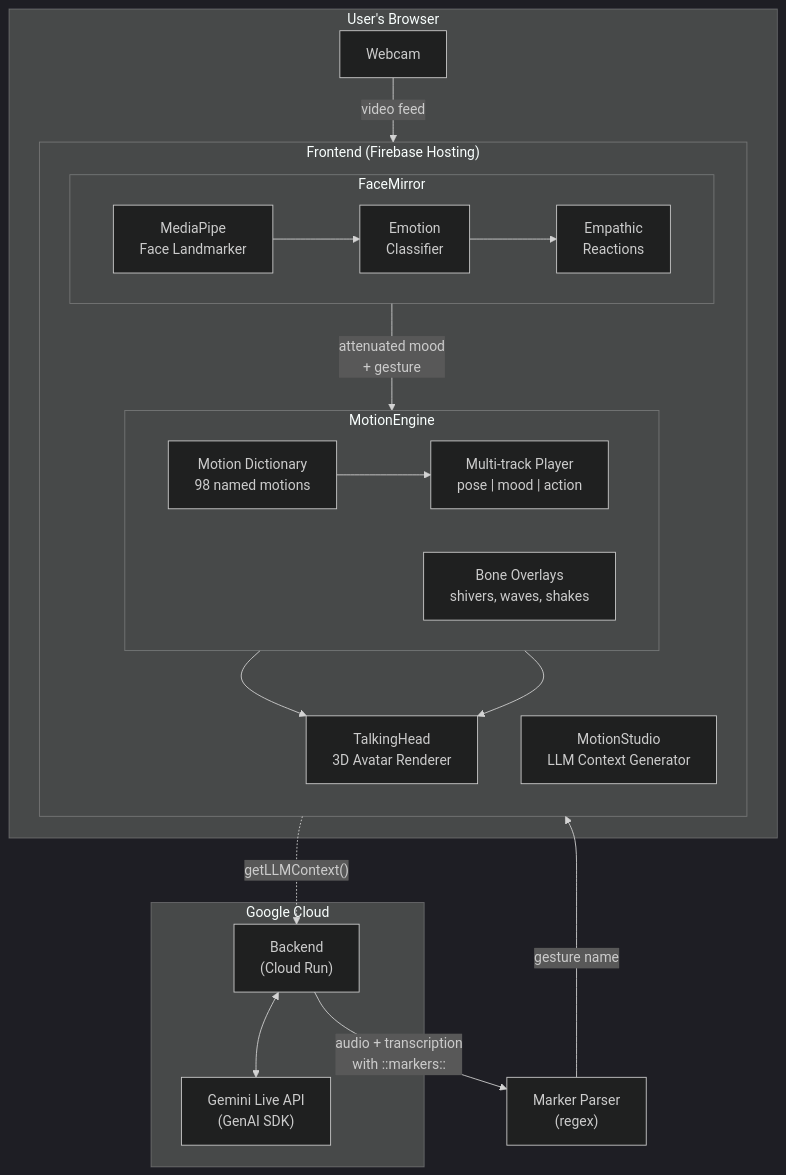
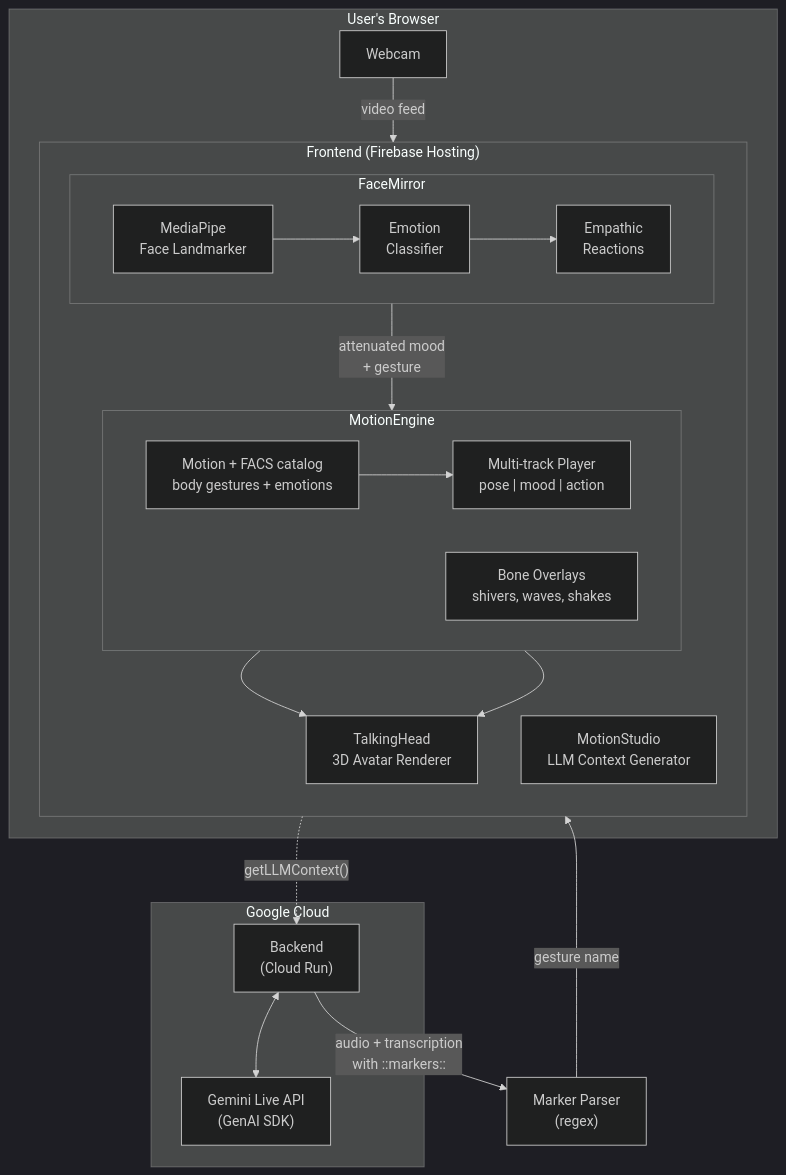
Before and after one commit to lhupyn/motion-engine: the diagram in README.md, drawn with Mermaid (dark theme). The commit also changed other lines of this file and 2 other files, not shown here.

First line of the commit message:
feat(facs): soften smile family, au_map audit (AD34, AU17); docs refresh

````diff
--- a/README.md
+++ b/README.md
@@ -55,45 +67,45 @@
 ```mermaid
 graph TB
     subgraph Cloud["Google Cloud"]
         BE["Backend<br/>(Cloud Run)"]
         GEMINI["Gemini Live API<br/>(GenAI SDK)"]
         BE <--> GEMINI
     end
 
     subgraph Browser["User's Browser"]
         subgraph Frontend["Frontend (Firebase Hosting)"]
             direction TB
             TH["TalkingHead<br/>3D Avatar Renderer"]
 
             subgraph ME["MotionEngine"]
                 direction LR
                 TRACKS["Multi-track Player<br/>pose | mood | action"]
-                MOTIONS["Motion Dictionary<br/>98 named motions"]
+                MOTIONS["Motion + FACS catalog<br/>body gestures + emotions"]
                 OVERLAYS["Bone Overlays<br/>shivers, waves, shakes"]
             end
 
             subgraph FM["FaceMirror"]
                 direction LR
                 MP["MediaPipe<br/>Face Landmarker"]
                 CLASSIFY["Emotion<br/>Classifier"]
                 REACT["Empathic<br/>Reactions"]
                 MP --> CLASSIFY --> REACT
             end
 
             STUDIO["MotionStudio<br/>LLM Context Generator"]
         end
 
         WEBCAM["Webcam"]
     end
 
     BE -->|"audio + transcription<br/>with ::markers::"| PARSE
     PARSE["Marker Parser<br/>(regex)"] -->|"gesture name"| TRACKS
     TRACKS --> TH
     MOTIONS --> TRACKS
     OVERLAYS --> TH
 
     WEBCAM -->|"video feed"| MP
     REACT -->|"attenuated mood<br/>+ gesture"| TRACKS
 
     STUDIO -.->|"getLLMContext()"| BE
 ```
````
